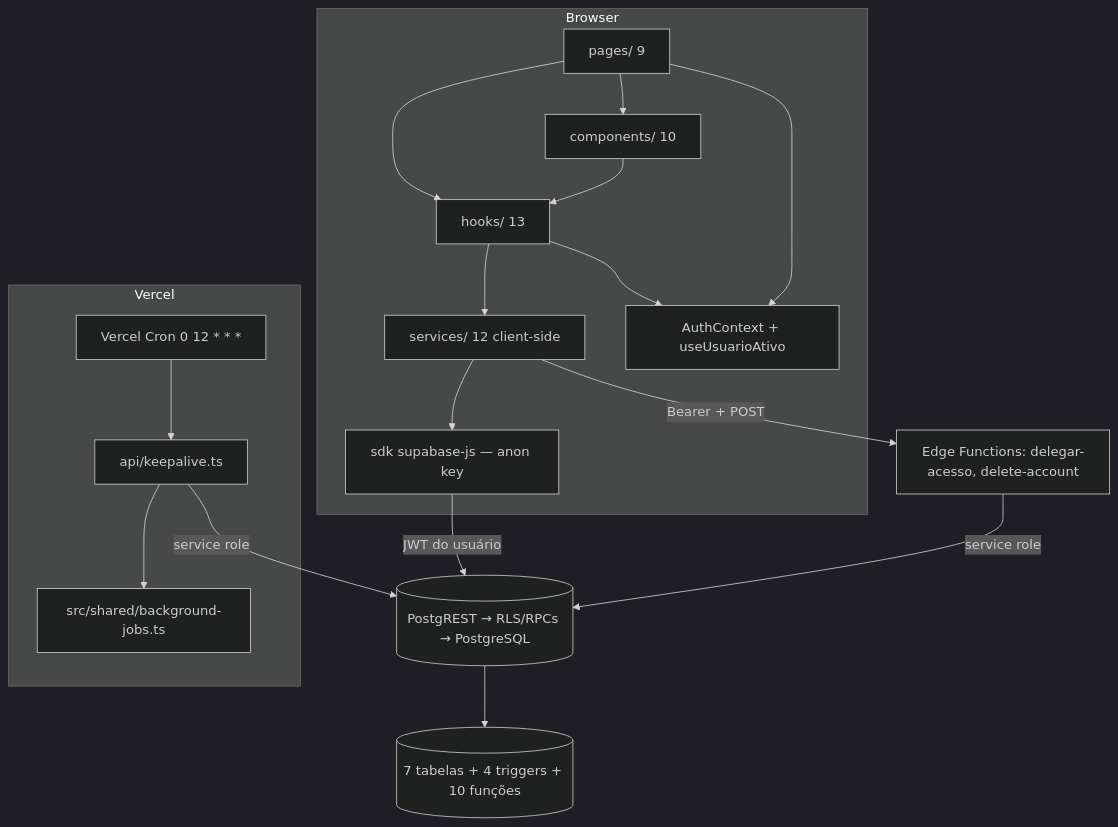
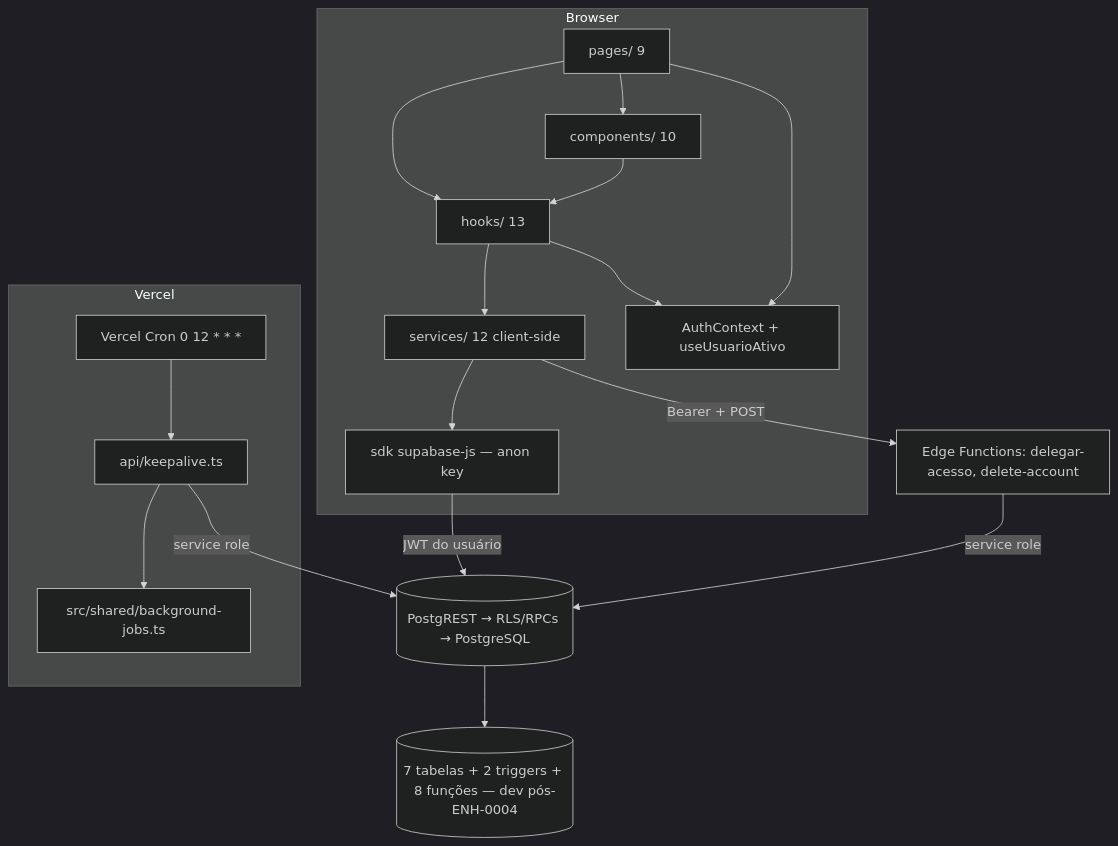
One commit to lucasmm96/meufenil changed the diagram in .ai/specs/current/architecture/overview.md. Above: the diagram before and after it, drawn with Mermaid (dark theme). The commit also changed other lines of this file and 22 other files, not shown here.

````diff
--- a/.ai/specs/current/architecture/overview.md
+++ b/.ai/specs/current/architecture/overview.md
@@ -13,20 +13,20 @@
 ```mermaid
 flowchart TB
     subgraph Browser
         P[pages/ 9] --> H[hooks/ 13] --> S[services/ 12 client-side]
         P --> C[components/ 10]
         C --> H
         S --> SUP[sdk supabase-js — anon key]
         P --> AU[AuthContext + useUsuarioAtivo]
         H --> AU
     end
     SUP -->|JWT do usuário| PG[(PostgREST → RLS/RPCs → PostgreSQL)]
     S -->|Bearer + POST| ED[Edge Functions: delegar-acesso, delete-account]
     ED -->|service role| PG
     subgraph Vercel
         CRON[Vercel Cron 0 12 * * *] --> KEEP[api/keepalive.ts]
         KEEP --> BJ[src/shared/background-jobs.ts]
     end
     KEEP -->|service role| PG
-    PG --> TAB[(7 tabelas + 4 triggers + 10 funções)]
+    PG --> TAB[(7 tabelas + 2 triggers + 8 funções — dev pós-ENH-0004)]
 ```
````
